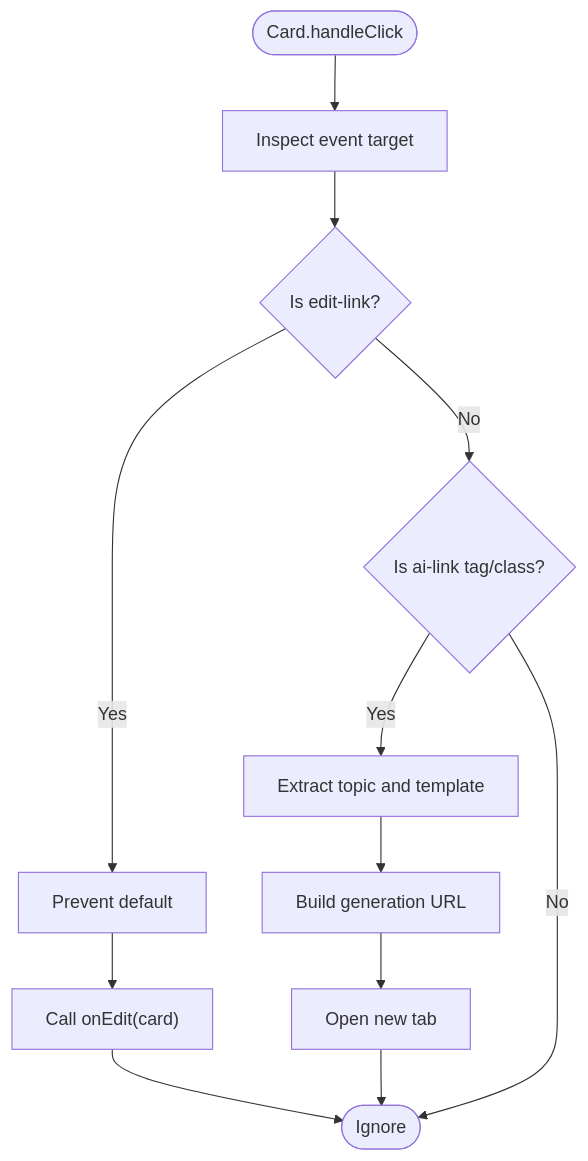
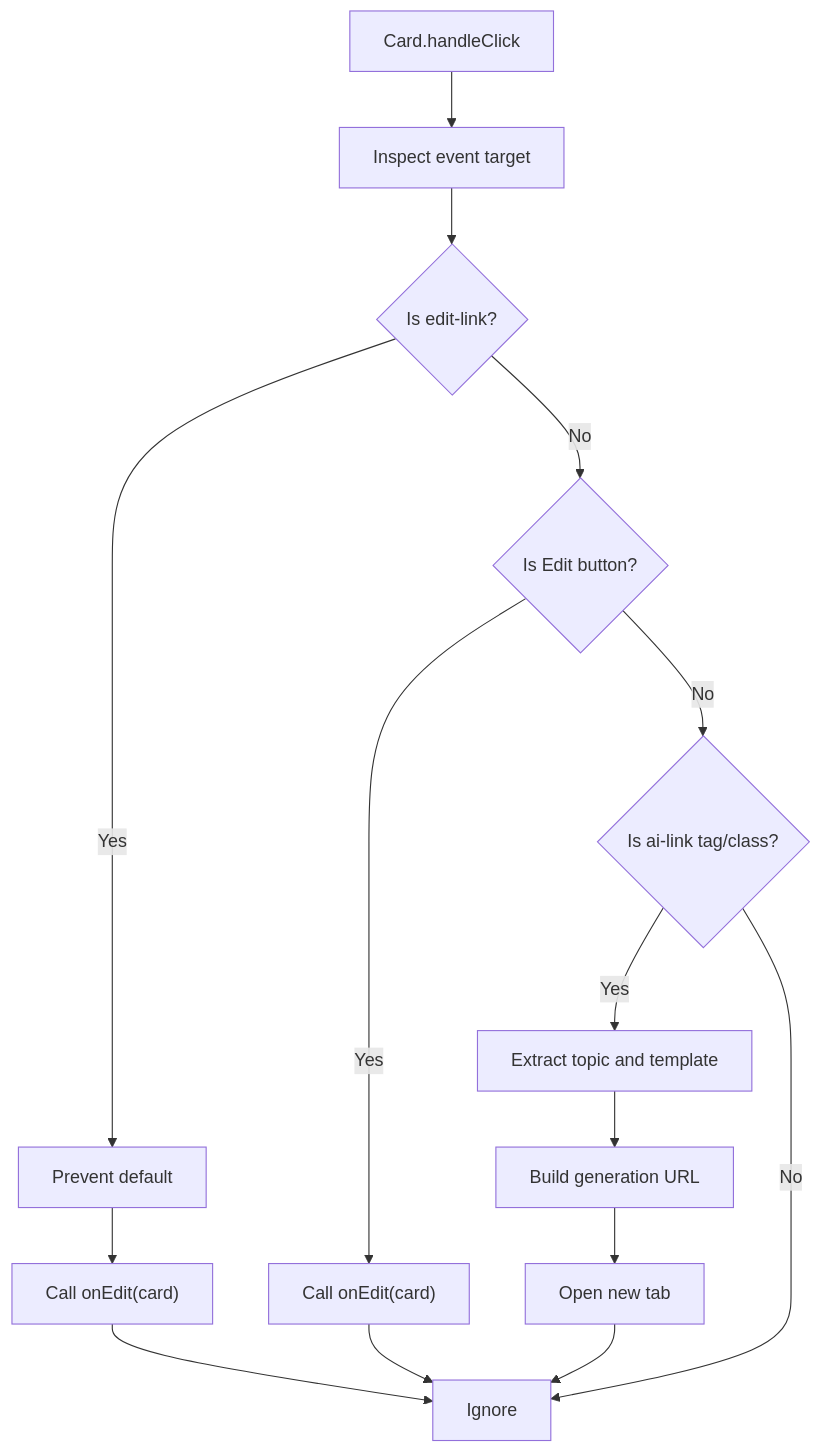
Before and after one commit to xd-art/Briefer-v02: the third of 8 diagrams in .qoder/repowiki/en/content/UI Components/Card Component.md, drawn with Mermaid. The commit also changed other lines of this file and 65 other files, not shown here.

````diff
--- a/.qoder/repowiki/en/content/UI Components/Card Component.md
+++ b/.qoder/repowiki/en/content/UI Components/Card Component.md
@@ -154,14 +164,17 @@
 ```mermaid
 flowchart TD
-Start(["Card.handleClick"]) --> Target["Inspect event target"]
+Start["Card.handleClick"] --> Target["Inspect event target"]
 Target --> IsEdit{"Is edit-link?"}
 IsEdit --> |Yes| Prevent["Prevent default"]
 Prevent --> CallOnEdit["Call onEdit(card)"]
-IsEdit --> |No| IsAi{"Is ai-link tag/class?"}
+IsEdit --> |No| IsEditButton{"Is Edit button?"}
+IsEditButton --> |Yes| CallOnEditButton["Call onEdit(card)"]
+IsEditButton --> |No| IsAi{"Is ai-link tag/class?"}
 IsAi --> |Yes| Extract["Extract topic and template"]
 Extract --> BuildUrl["Build generation URL"]
 BuildUrl --> OpenTab["Open new tab"]
-IsAi --> |No| End(["Ignore"])
+IsAi --> |No| End["Ignore"]
 CallOnEdit --> End
+CallOnEditButton --> End
 OpenTab --> End
 ```
````
